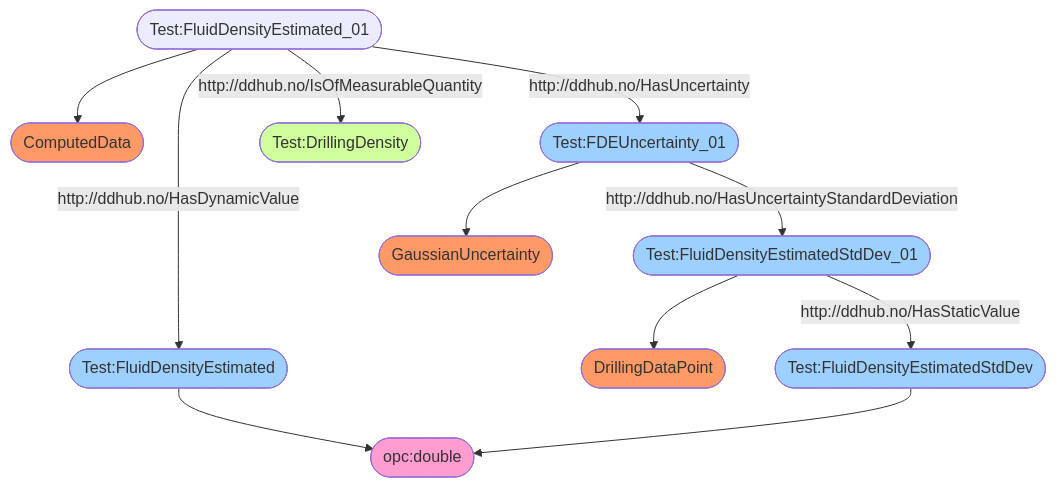
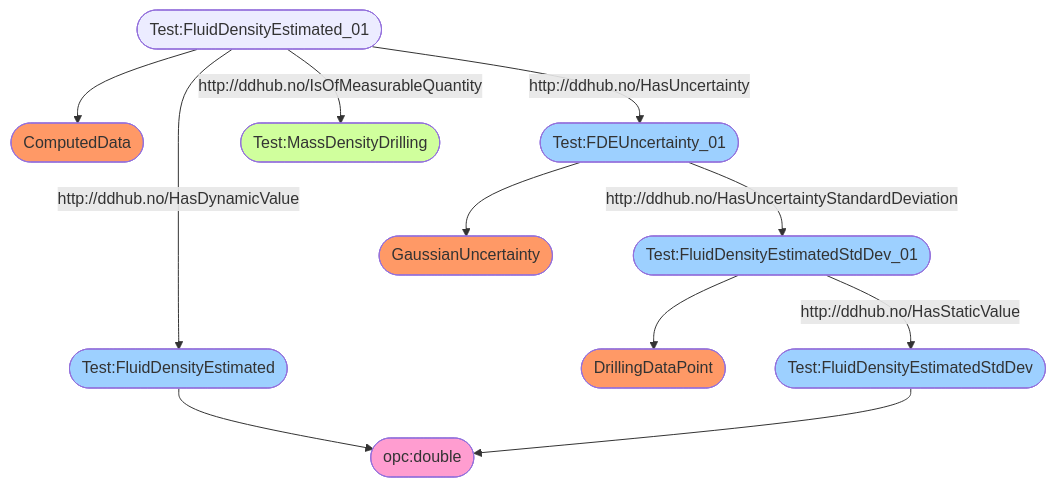
One commit to Open-Source-Drilling-Community/DotNetLibraries changed the first of 3 diagrams in OSDC.DotnetLibraries.General/OSDC.DotnetLibraries.Drilling.DrillingProperties.Example06/Example06.md. Above: the diagram before and after it, drawn with Mermaid. The commit also changed other lines of this file and 20 other files, not shown here.

````diff
--- a/OSDC.DotnetLibraries.General/OSDC.DotnetLibraries.Drilling.DrillingProperties.Example06/Example06.md
+++ b/OSDC.DotnetLibraries.General/OSDC.DotnetLibraries.Drilling.DrillingProperties.Example06/Example06.md
@@ -2,17 +2,17 @@
 ```mermaid
 flowchart TD
 	 classDef typeClass fill:#f96;
 	 classDef classClass fill:#9dd0ff;
 	 classDef opcClass fill:#ff9dd0;
 	 classDef quantityClass fill:#d0ff9d;
 	Test:FluidDensityEstimated([Test:FluidDensityEstimated]) --> opc:double([opc:double]):::opcClass
 	Test:FluidDensityEstimatedStdDev([Test:FluidDensityEstimatedStdDev]) --> opc:double([opc:double]):::opcClass
 	Test:FluidDensityEstimated_01([Test:FluidDensityEstimated_01]) --> ComputedData([ComputedData]):::typeClass
 	Test:FDEUncertainty_01([Test:FDEUncertainty_01]) --> GaussianUncertainty([GaussianUncertainty]):::typeClass
 	Test:FluidDensityEstimatedStdDev_01([Test:FluidDensityEstimatedStdDev_01]) --> DrillingDataPoint([DrillingDataPoint]):::typeClass
 	Test:FluidDensityEstimated_01([Test:FluidDensityEstimated_01]) -- http://ddhub.no/HasDynamicValue --> Test:FluidDensityEstimated([Test:FluidDensityEstimated]):::classClass
-	Test:FluidDensityEstimated_01([Test:FluidDensityEstimated_01]) -- http://ddhub.no/IsOfMeasurableQuantity --> Test:DrillingDensity([Test:DrillingDensity]):::quantityClass
+	Test:FluidDensityEstimated_01([Test:FluidDensityEstimated_01]) -- http://ddhub.no/IsOfMeasurableQuantity --> Test:MassDensityDrilling([Test:MassDensityDrilling]):::quantityClass
 	Test:FluidDensityEstimated_01([Test:FluidDensityEstimated_01]) -- http://ddhub.no/HasUncertainty --> Test:FDEUncertainty_01([Test:FDEUncertainty_01]):::classClass
 	Test:FluidDensityEstimatedStdDev_01([Test:FluidDensityEstimatedStdDev_01]) -- http://ddhub.no/HasStaticValue --> Test:FluidDensityEstimatedStdDev([Test:FluidDensityEstimatedStdDev]):::classClass
 	Test:FDEUncertainty_01([Test:FDEUncertainty_01]) -- http://ddhub.no/HasUncertaintyStandardDeviation --> Test:FluidDensityEstimatedStdDev_01([Test:FluidDensityEstimatedStdDev_01]):::classClass
 ```
````
